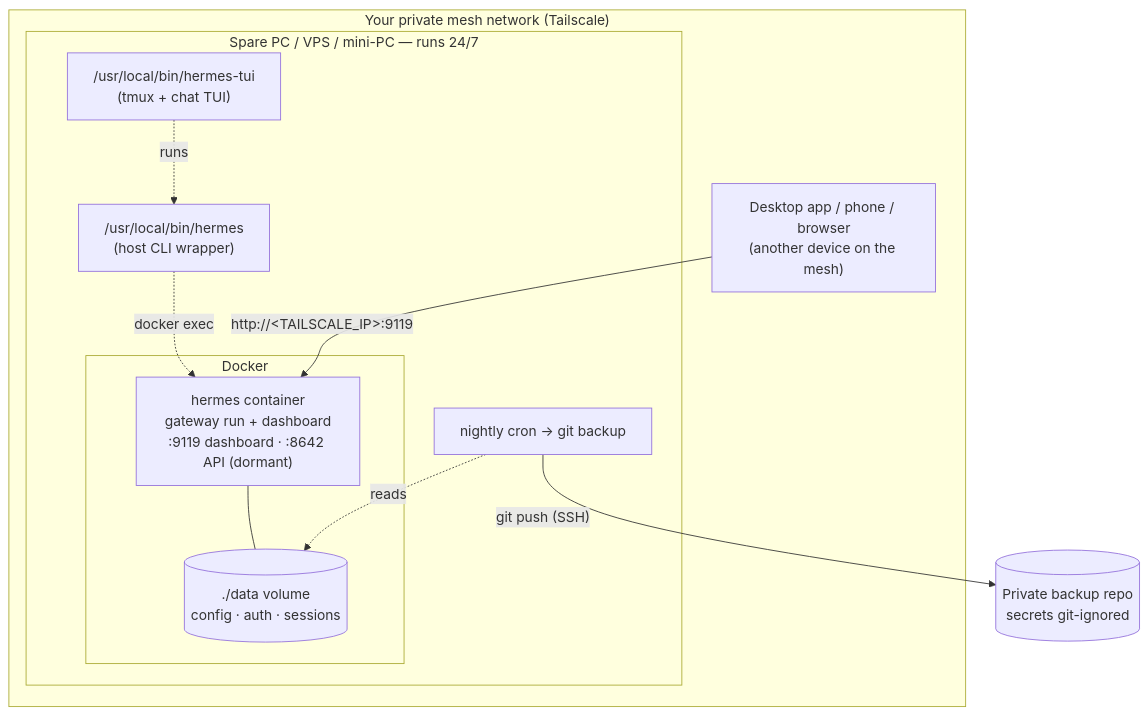
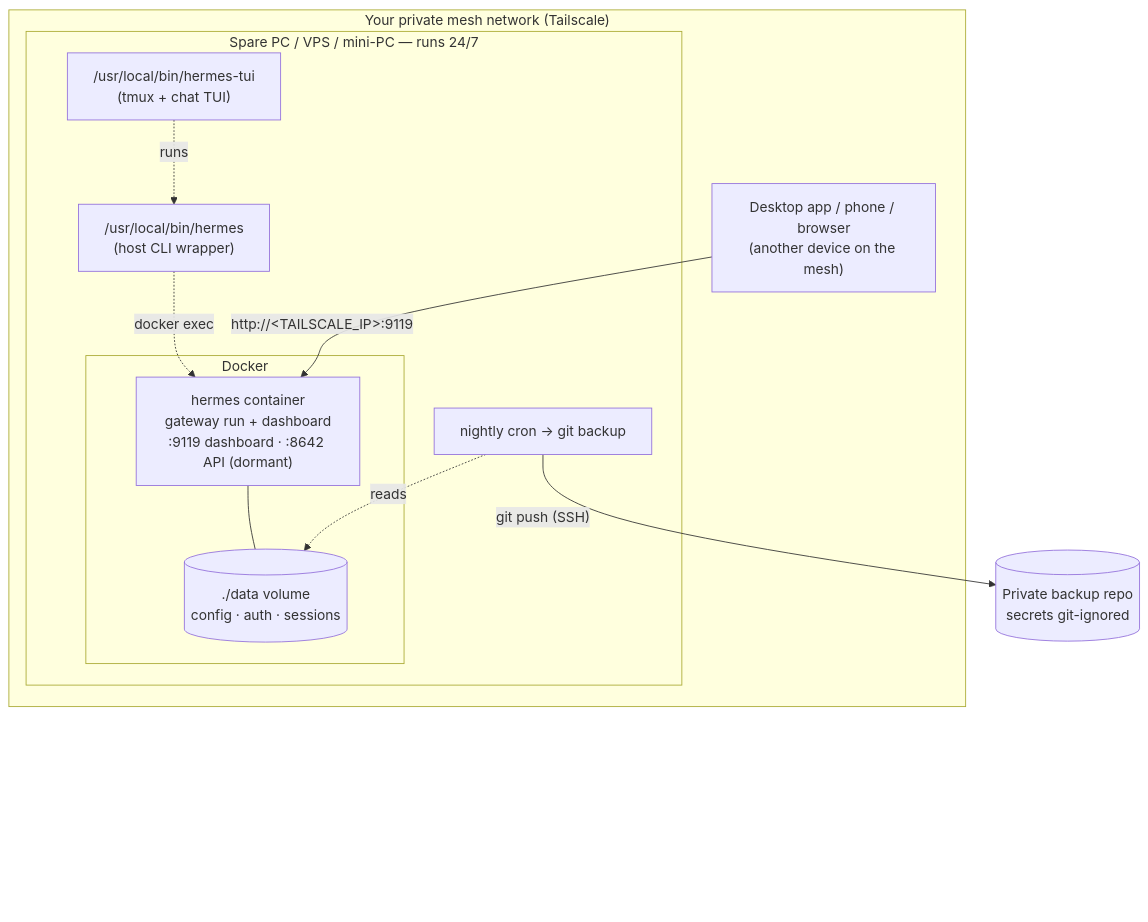
The diagram in README.md (EpsilonLLC/run-your-own-ai-agent), drawn with Mermaid before and after one commit.

Commit message:
docs: keep backup-repo node clear of GitHub's mermaid zoom controls
Add transparent spacer nodes below the repo node so GitHub's bottom-right
diagram controls overlay empty space instead of the "Private backup repo" node.

````diff
--- a/README.md
+++ b/README.md
@@ -103,21 +103,27 @@
 ```mermaid
 flowchart TB
     subgraph mesh["Your private mesh network (Tailscale)"]
         subgraph box["Spare PC / VPS / mini-PC — runs 24/7"]
             subgraph docker["Docker"]
                 hermes["hermes container<br/>gateway run + dashboard<br/>:9119 dashboard · :8642 API (dormant)"]
                 data[("./data volume<br/>config · auth · sessions")]
                 hermes --- data
             end
             cli["/usr/local/bin/hermes<br/>(host CLI wrapper)"]
             tui["/usr/local/bin/hermes-tui<br/>(tmux + chat TUI)"]
             cron["nightly cron → git backup"]
             cli -. docker exec .-> hermes
             tui -. runs .-> cli
             cron -. reads .-> data
         end
         desktop["Desktop app / phone / browser<br/>(another device on the mesh)"]
         desktop -- "http://&lt;TAILSCALE_IP&gt;:9119" --> hermes
     end
     cron -- "git push (SSH)" --> repo[("Private backup repo<br/>secrets git-ignored")]
+    repo --- z1[" "]
+    z1 --- z2[" "]
+    z2 --- z3[" "]
+    classDef ghost fill:transparent,stroke:transparent,color:transparent
+    class z1,z2,z3 ghost
+    linkStyle 6,7,8 stroke-width:0px,stroke:transparent
 ```
````
